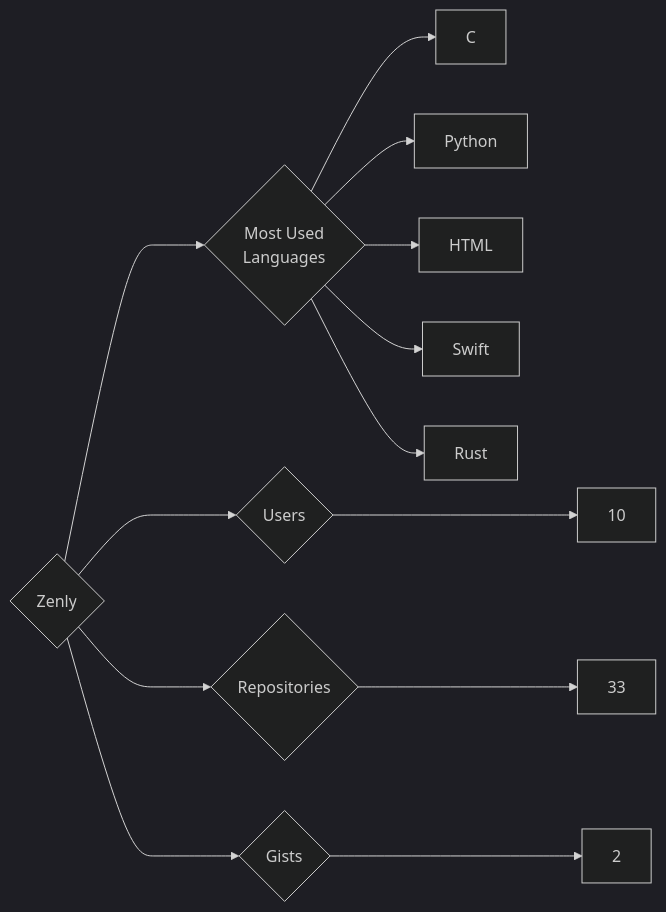
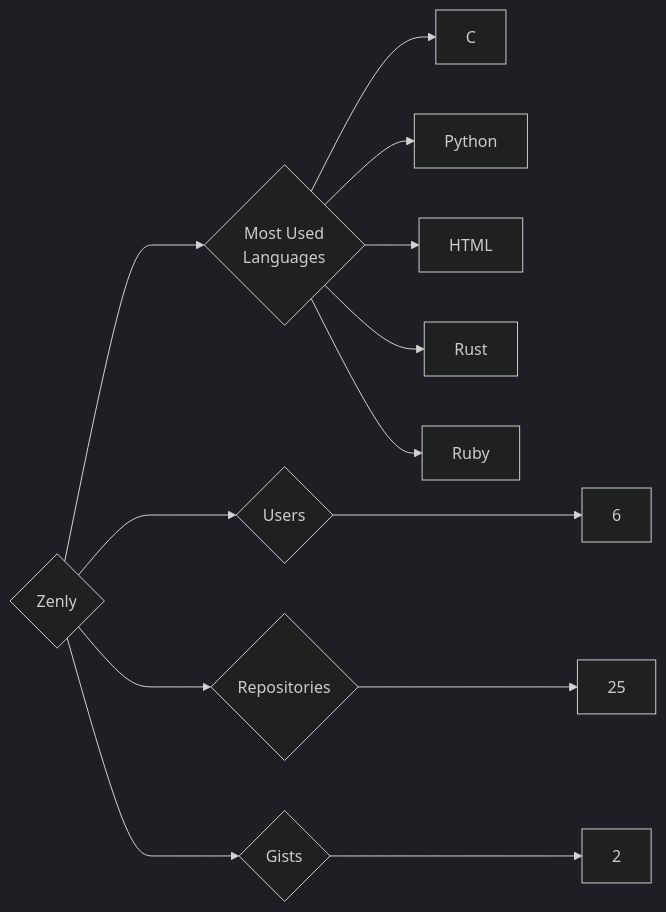
Before and after one commit to trickest/insiders: the diagram in targets/Zenly/README.md, drawn with Mermaid (dark theme). The commit also changed 681 other files, not shown here.

````diff
--- a/targets/Zenly/README.md
+++ b/targets/Zenly/README.md
@@ -3,13 +3,13 @@
 ```mermaid
 graph LR
 COMPANY_NAME{Zenly}
-COMPANY_NAME ---> U{Users} ---> UN[10]
-COMPANY_NAME ---> R{Repositories} ---> RN[33]
+COMPANY_NAME ---> U{Users} ---> UN[6]
+COMPANY_NAME ---> R{Repositories} ---> RN[25]
 COMPANY_NAME ---> G{Gists} ---> GN[2]
 COMPANY_NAME ---> ML{Most Used<br>Languages}
 ML --> C[C]
 ML --> Python[Python]
 ML --> HTML[HTML]
-ML --> Swift[Swift]
 ML --> Rust[Rust]
+ML --> Ruby[Ruby]
 ```
````
